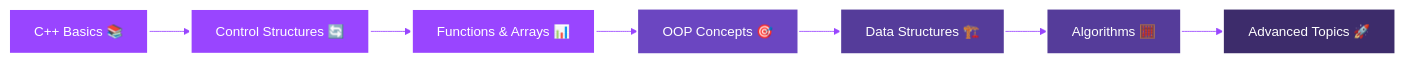
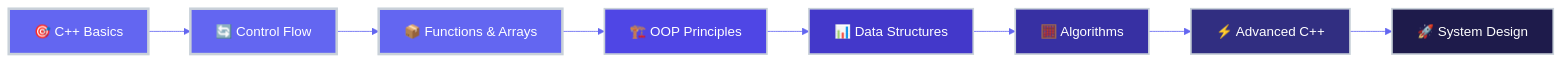
Before and after one commit to zainabgondal/zainabgondal: the diagram in README.md, drawn with Mermaid. The commit also changed other lines of this file, not shown here.

````diff
--- a/README.md
+++ b/README.md
@@ -151,18 +226,20 @@
 ```mermaid
-%%{init: {'theme':'base', 'themeVariables': { 'primaryColor':'#9945FF','primaryTextColor':'#fff','primaryBorderColor':'#fff','lineColor':'#9945FF','secondaryColor':'#6B46C1','tertiaryColor':'#553C9A'}}}%%
+%%{init: {'theme':'base', 'themeVariables': { 'primaryColor':'#6366F1','primaryTextColor':'#fff','primaryBorderColor':'#C9D1D9','lineColor':'#6366F1','secondaryColor':'#4F46E5','tertiaryColor':'#4338CA','fontSize':'16px'}}}%%
 graph LR
-    A[C++ Basics 📚] --> B[Control Structures 🔄]
-    B --> C[Functions & Arrays 📊]
-    C --> D[OOP Concepts 🎯]
-    D --> E[Data Structures 🏗️]
-    E --> F[Algorithms 🧮]
-    F --> G[Advanced Topics 🚀]
+    A[🎯 C++ Basics] --> B[🔄 Control Flow]
+    B --> C[📦 Functions & Arrays]
+    C --> D[🏗️ OOP Principles]
+    D --> E[📊 Data Structures]
+    E --> F[🧮 Algorithms]
+    F --> G[⚡ Advanced C++]
+    G --> H[🚀 System Design]
     
-    style A fill:#9945FF,stroke:#fff,stroke-width:3px,color:#fff
-    style B fill:#9945FF,stroke:#fff,stroke-width:3px,color:#fff
-    style C fill:#9945FF,stroke:#fff,stroke-width:3px,color:#fff
-    style D fill:#6B46C1,stroke:#fff,stroke-width:2px,color:#fff
-    style E fill:#553C9A,stroke:#fff,stroke-width:2px,color:#fff
-    style F fill:#553C9A,stroke:#fff,stroke-width:2px,color:#fff
-    style G fill:#3d2c6b,stroke:#fff,stroke-width:2px,color:#fff
+    style A fill:#6366F1,stroke:#C9D1D9,stroke-width:3px,color:#fff
+    style B fill:#6366F1,stroke:#C9D1D9,stroke-width:3px,color:#fff
+    style C fill:#6366F1,stroke:#C9D1D9,stroke-width:3px,color:#fff
+    style D fill:#4F46E5,stroke:#C9D1D9,stroke-width:2px,color:#fff
+    style E fill:#4338CA,stroke:#C9D1D9,stroke-width:2px,color:#fff
+    style F fill:#3730A3,stroke:#C9D1D9,stroke-width:2px,color:#fff
+    style G fill:#312E81,stroke:#C9D1D9,stroke-width:2px,color:#fff
+    style H fill:#1E1B4B,stroke:#C9D1D9,stroke-width:2px,color:#fff
 ```
````
